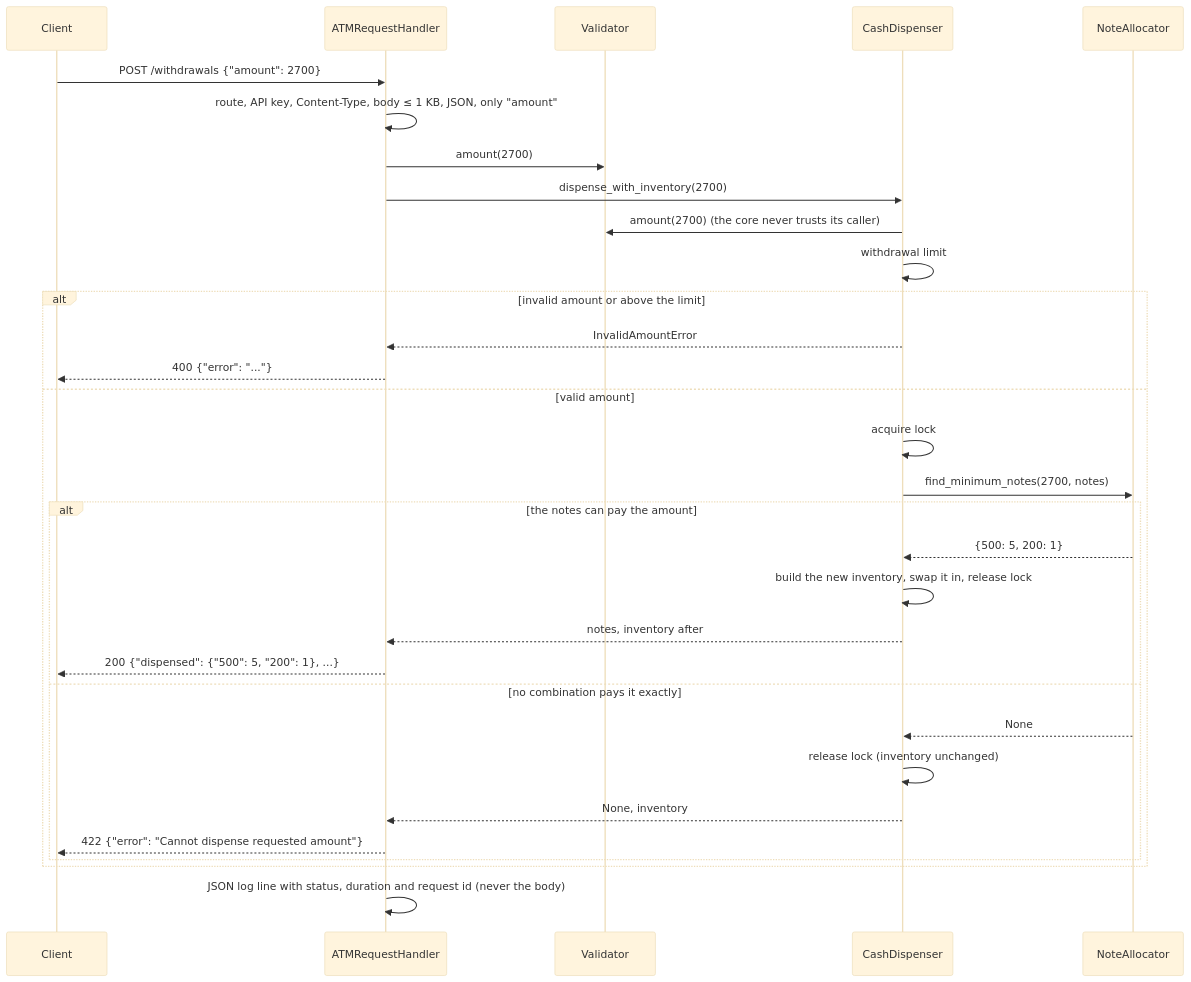
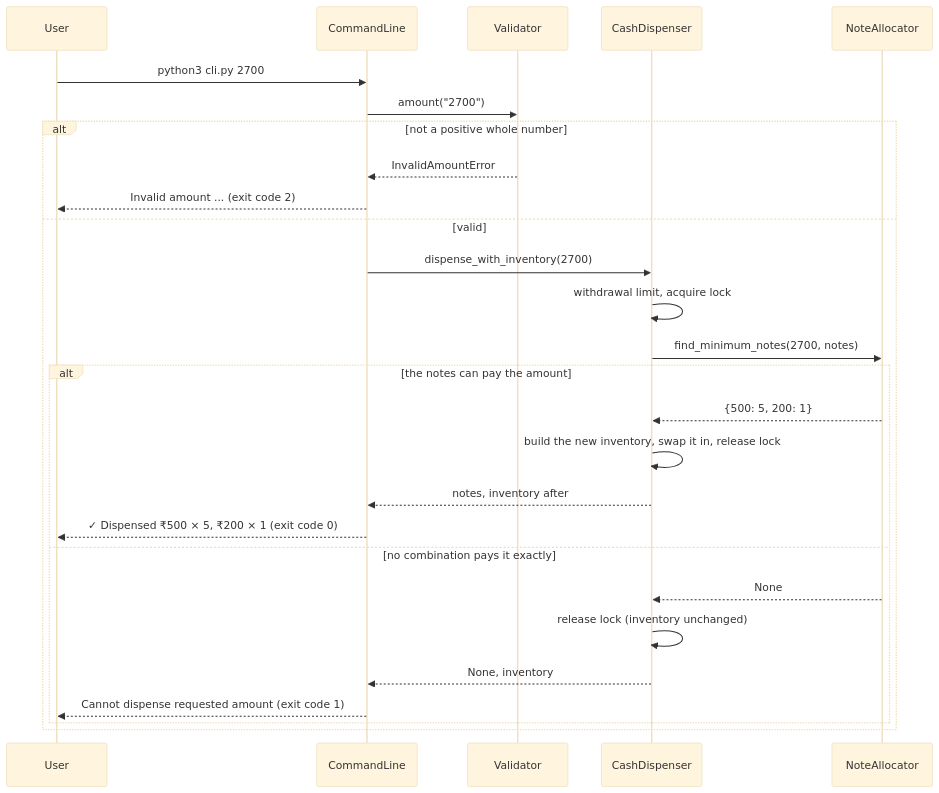
One commit to AnupamGupta86/InmarCodingAssignment changed the third of 5 diagrams in README.md. Above: the diagram before and after it, drawn with Mermaid (base theme). The commit also changed other lines of this file and 16 other files, not shown here.

````diff
--- a/README.md
+++ b/README.md
@@ -254,34 +191,30 @@
 ```mermaid
 sequenceDiagram
-    participant C as Client
-    participant H as ATMRequestHandler
+    participant U as User
+    participant C as CommandLine
     participant V as Validator
     participant D as CashDispenser
     participant A as NoteAllocator
 
-    C->>H: POST /withdrawals {"amount": 2700}
-    H->>H: route, API key, Content-Type, body ≤ 1 KB, JSON, only "amount"
-    H->>V: amount(2700)
-    H->>D: dispense_with_inventory(2700)
-    D->>V: amount(2700) (the core never trusts its caller)
-    D->>D: withdrawal limit
-    alt invalid amount or above the limit
-        D-->>H: InvalidAmountError
-        H-->>C: 400 {"error": "..."}
-    else valid amount
-        D->>D: acquire lock
+    U->>C: python3 cli.py 2700
+    C->>V: amount("2700")
+    alt not a positive whole number
+        V-->>C: InvalidAmountError
+        C-->>U: Invalid amount ... (exit code 2)
+    else valid
+        C->>D: dispense_with_inventory(2700)
+        D->>D: withdrawal limit, acquire lock
         D->>A: find_minimum_notes(2700, notes)
         alt the notes can pay the amount
             A-->>D: {500: 5, 200: 1}
             D->>D: build the new inventory, swap it in, release lock
-            D-->>H: notes, inventory after
-            H-->>C: 200 {"dispensed": {"500": 5, "200": 1}, ...}
+            D-->>C: notes, inventory after
+            C-->>U: ✓ Dispensed ₹500 × 5, ₹200 × 1 (exit code 0)
         else no combination pays it exactly
             A-->>D: None
             D->>D: release lock (inventory unchanged)
-            D-->>H: None, inventory
-            H-->>C: 422 {"error": "Cannot dispense requested amount"}
+            D-->>C: None, inventory
+            C-->>U: Cannot dispense requested amount (exit code 1)
         end
     end
-    H->>H: JSON log line with status, duration and request id (never the body)
 ```
````
